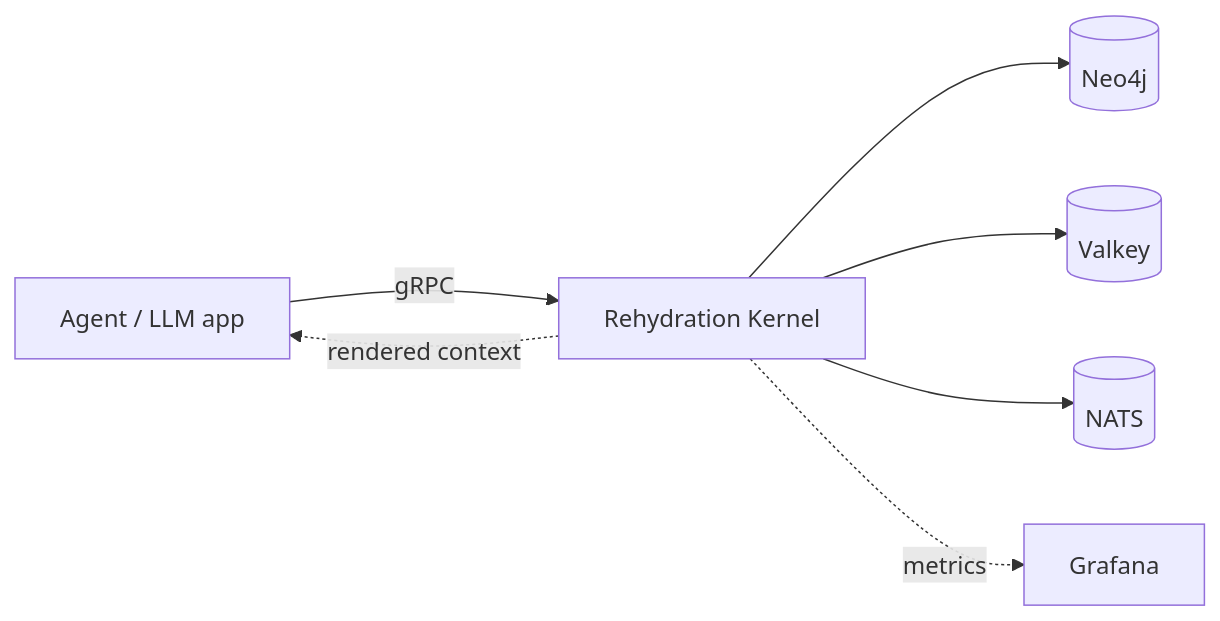
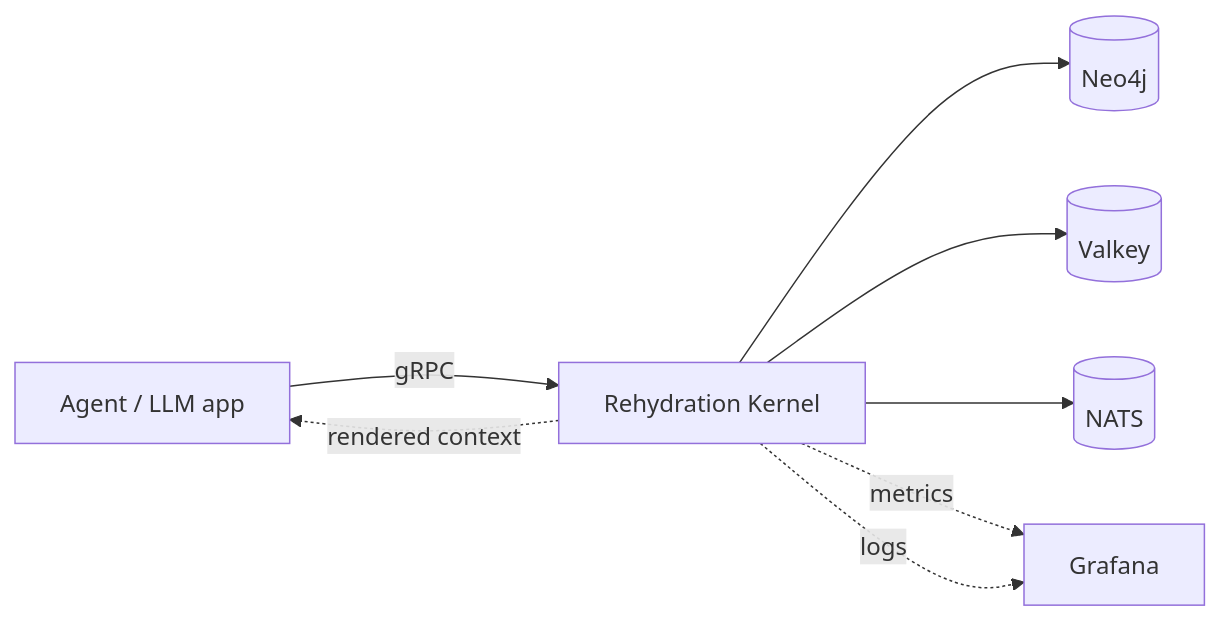
The first of 2 diagrams in README.md (underpass-ai/rehydration-kernel), drawn with Mermaid before and after one commit. The commit also changed other lines of this file, not shown here.

````diff
--- a/README.md
+++ b/README.md
@@ -67,11 +48,12 @@
 ```mermaid
 graph LR
     A[Agent / LLM app] -- gRPC --> K[Rehydration Kernel]
     K -. rendered context .-> A
 
     K --> N4[(Neo4j)]
     K --> VK[(Valkey)]
     K --> NT[(NATS)]
 
     K -. metrics .-> G[Grafana]
+    K -. logs .-> G
 ```
````
